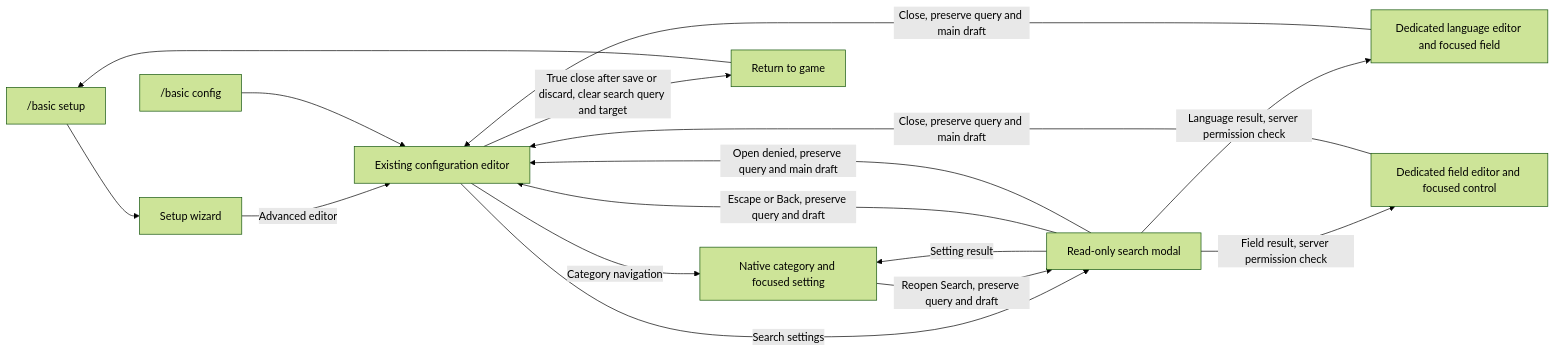
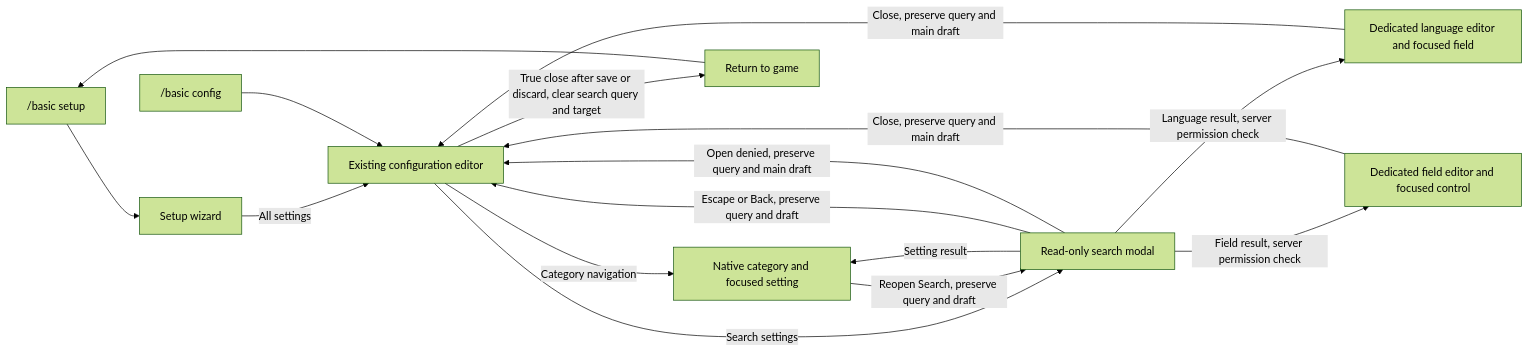
The diagram in docs/agent-context/2026-10-06-config-search-qa.md (BASIC-BIT/Vintage-Story-Mods), drawn with Mermaid (forest theme) before and after one commit. The commit also changed other lines of this file and 10 other files, not shown here.

````diff
--- a/docs/agent-context/2026-10-06-config-search-qa.md
+++ b/docs/agent-context/2026-10-06-config-search-qa.md
@@ -17,18 +17,18 @@
 ```mermaid
 flowchart LR
     Setup["/basic setup"] --> Wizard["Setup wizard"]
-    Wizard -->|Advanced editor| Editor["Existing configuration editor"]
+    Wizard -->|All settings| Editor["Existing configuration editor"]
     Command["/basic config"] --> Editor
     Editor -->|Category navigation| Setting["Native category and focused setting"]
     Editor -->|Search settings| Search["Read-only search modal"]
     Search -->|Setting result| Setting
     Search -->|Language result, server permission check| Language["Dedicated language editor and focused field"]
     Search -->|Field result, server permission check| Field["Dedicated field editor and focused control"]
     Search -->|Escape or Back, preserve query and draft| Editor
     Language -->|Close, preserve query and main draft| Editor
     Field -->|Close, preserve query and main draft| Editor
     Search -->|Open denied, preserve query and main draft| Editor
     Setting -->|Reopen Search, preserve query and draft| Search
     Editor -->|True close after save or discard, clear search query and target| Game["Return to game"]
     Game --> Setup
 ```
````
